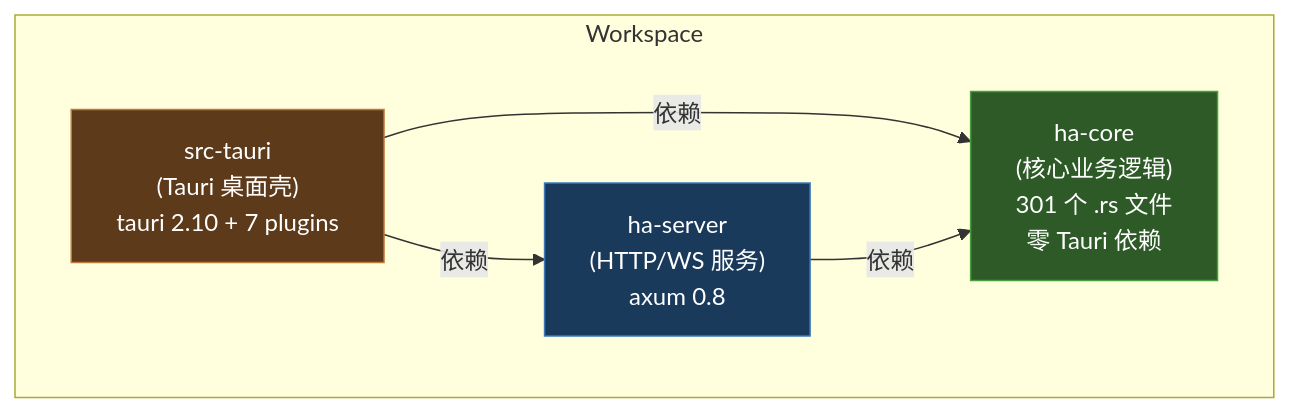
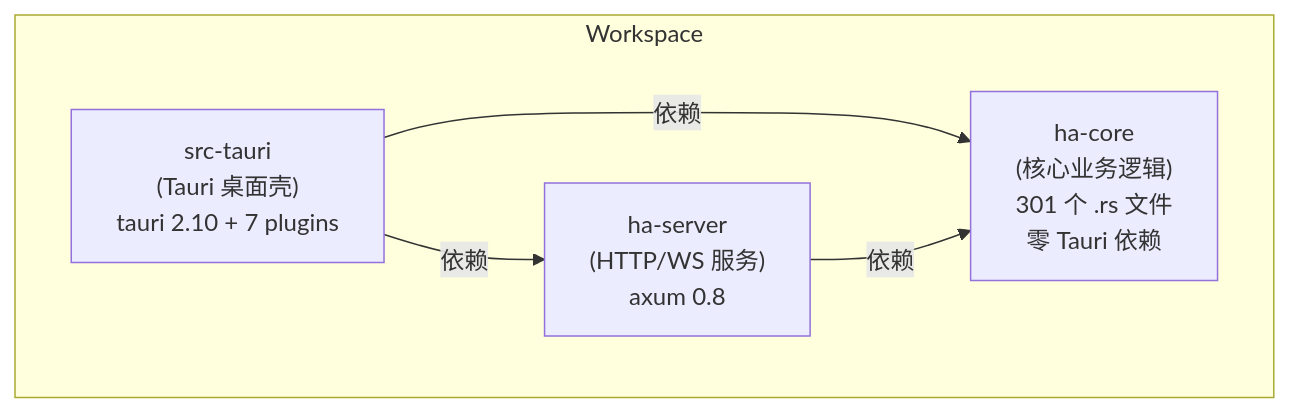
Before and after one commit to shiwenwen/hope-agent: the first of 8 diagrams in docs/architecture/backend-separation.md, drawn with Mermaid. The commit also changed 13 other files, not shown here.

First line of the commit message:
docs: 移除 mermaid 图表中的自定义背景色填充

````diff
--- a/docs/architecture/backend-separation.md
+++ b/docs/architecture/backend-separation.md
@@ -15,16 +15,13 @@
 ```mermaid
 graph TD
     subgraph Workspace
         OC_TAURI["src-tauri<br/>(Tauri 桌面壳)<br/>tauri 2.10 + 7 plugins"]
         OC_SERVER["ha-server<br/>(HTTP/WS 服务)<br/>axum 0.8"]
         OC_CORE["ha-core<br/>(核心业务逻辑)<br/>301 个 .rs 文件<br/>零 Tauri 依赖"]
     end
 
     OC_TAURI -->|"依赖"| OC_SERVER
     OC_TAURI -->|"依赖"| OC_CORE
     OC_SERVER -->|"依赖"| OC_CORE
 
-    style OC_CORE fill:#2d5a27,stroke:#4a9e3f,color:#fff
-    style OC_SERVER fill:#1a3a5c,stroke:#3a7abd,color:#fff
-    style OC_TAURI fill:#5c3a1a,stroke:#bd7a3a,color:#fff
 ```
````
